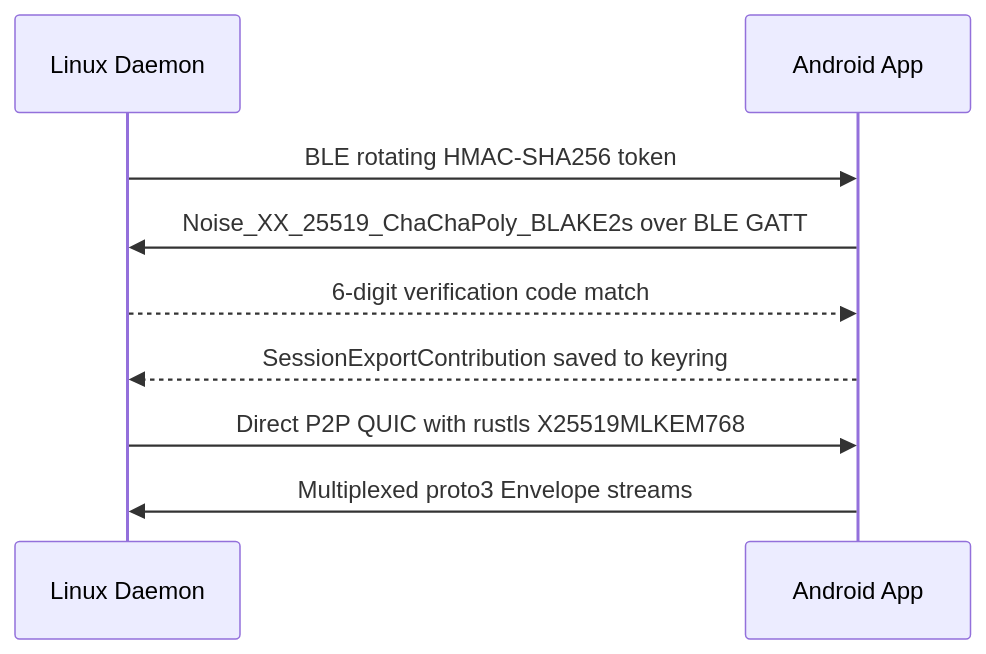
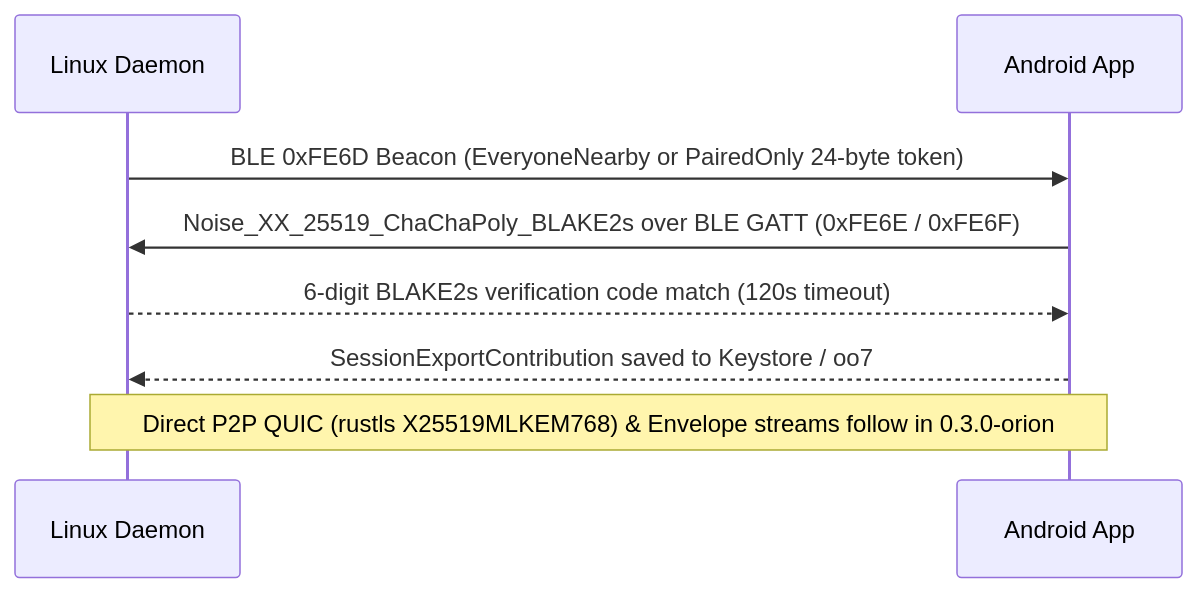
One commit to hydrafog/keynear changed the diagram in docs/architecture/protocol-and-crypto.md. Above: the diagram before and after it, drawn with Mermaid. The commit also changed other lines of this file and 7 other files, not shown here.

````diff
--- a/docs/architecture/protocol-and-crypto.md
+++ b/docs/architecture/protocol-and-crypto.md
@@ -7,11 +7,10 @@
 ```mermaid
 sequenceDiagram
   participant L as Linux Daemon
   participant A as Android App
-  L->>A: BLE rotating HMAC-SHA256 token
-  A->>L: Noise_XX_25519_ChaChaPoly_BLAKE2s over BLE GATT
-  L-->>A: 6-digit verification code match
-  A-->>L: SessionExportContribution saved to keyring
-  L->>A: Direct P2P QUIC with rustls X25519MLKEM768
-  A->>L: Multiplexed proto3 Envelope streams
+  L->>A: BLE 0xFE6D Beacon (EveryoneNearby or PairedOnly 24-byte token)
+  A->>L: Noise_XX_25519_ChaChaPoly_BLAKE2s over BLE GATT (0xFE6E / 0xFE6F)
+  L-->>A: 6-digit BLAKE2s verification code match (120s timeout)
+  A-->>L: SessionExportContribution saved to Keystore / oo7
+  Note over L,A: Direct P2P QUIC (rustls X25519MLKEM768) & Envelope streams follow in 0.3.0-orion
 ```
````
